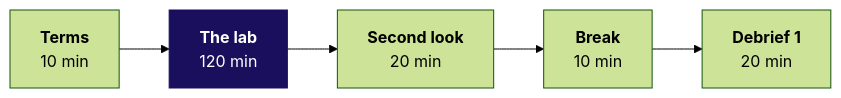
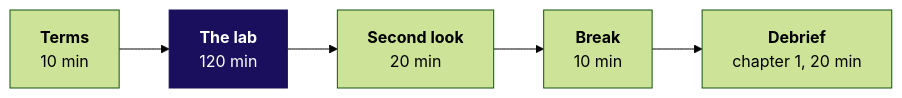
Before and after one commit to fde-academy-lab/c2-content-factory: the first of 2 diagrams in content/W01/D5/trainer/C2_W01_D05_day_sheet_TRAINER.md, drawn with Mermaid (forest theme). The commit also changed other lines of this file and 11 other files, not shown here.

First line of the commit message:
W01 D5: day sheet, observation sheet, lab key, notes and provenance carry the three debrief chapters, the design cases and the checked sources; decks rebuilt

````diff
--- a/content/W01/D5/trainer/C2_W01_D05_day_sheet_TRAINER.md
+++ b/content/W01/D5/trainer/C2_W01_D05_day_sheet_TRAINER.md
@@ -24,6 +31,6 @@
 ```mermaid
 flowchart LR
-    T["<b>Terms</b><br/>10 min"] --> L["<b>The lab</b><br/>120 min"] --> S["<b>Second look</b><br/>20 min"] --> B["<b>Break</b><br/>10 min"] --> D["<b>Debrief 1</b><br/>20 min"]
+    T["<b>Terms</b><br/>10 min"] --> L["<b>The lab</b><br/>120 min"] --> S["<b>Second look</b><br/>20 min"] --> B["<b>Break</b><br/>10 min"] --> D["<b>Debrief</b><br/>chapter 1, 20 min"]
     classDef core fill:#1A0F5C,stroke:#1A0F5C,color:#FFFFFF
     class L core
 ```
````
